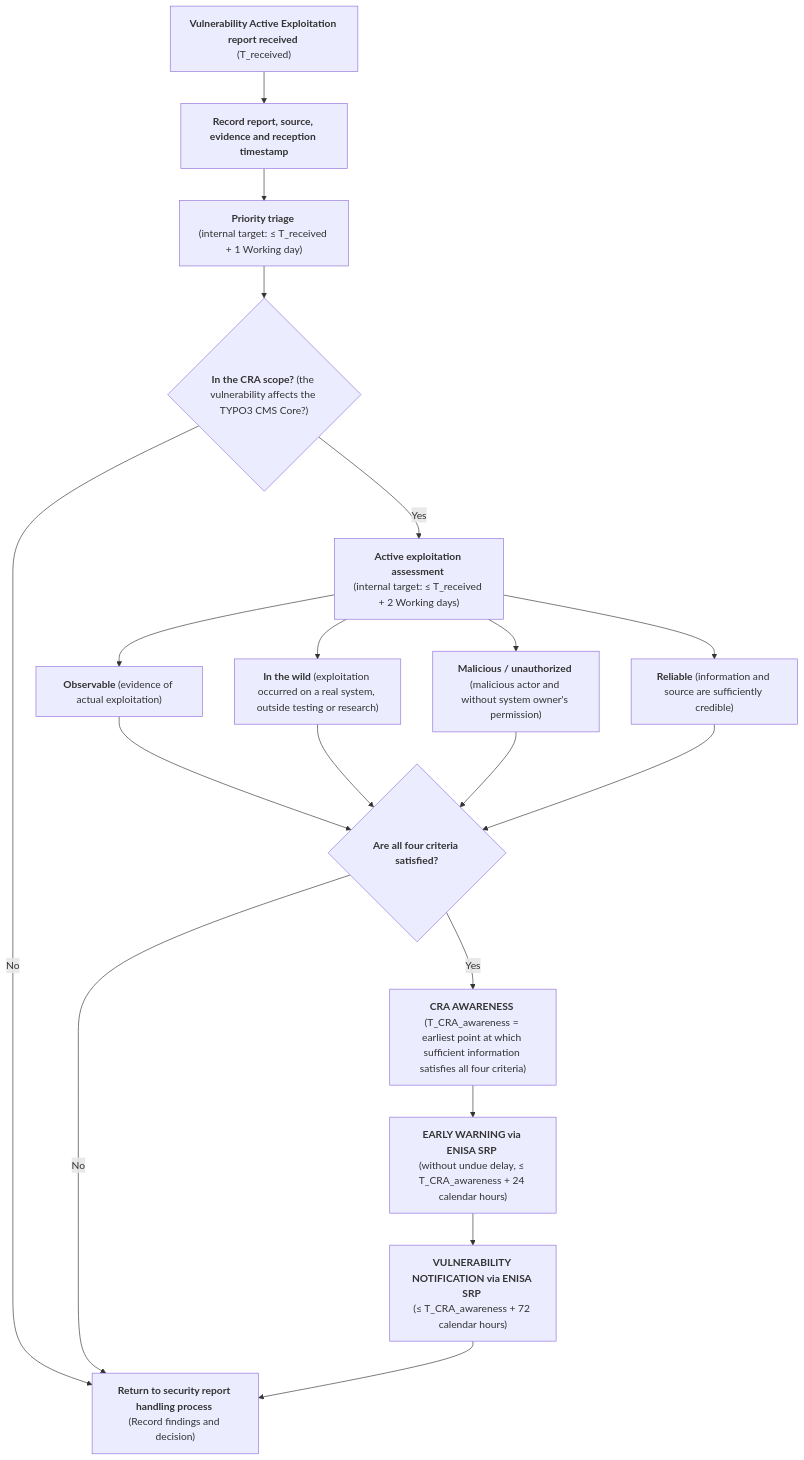
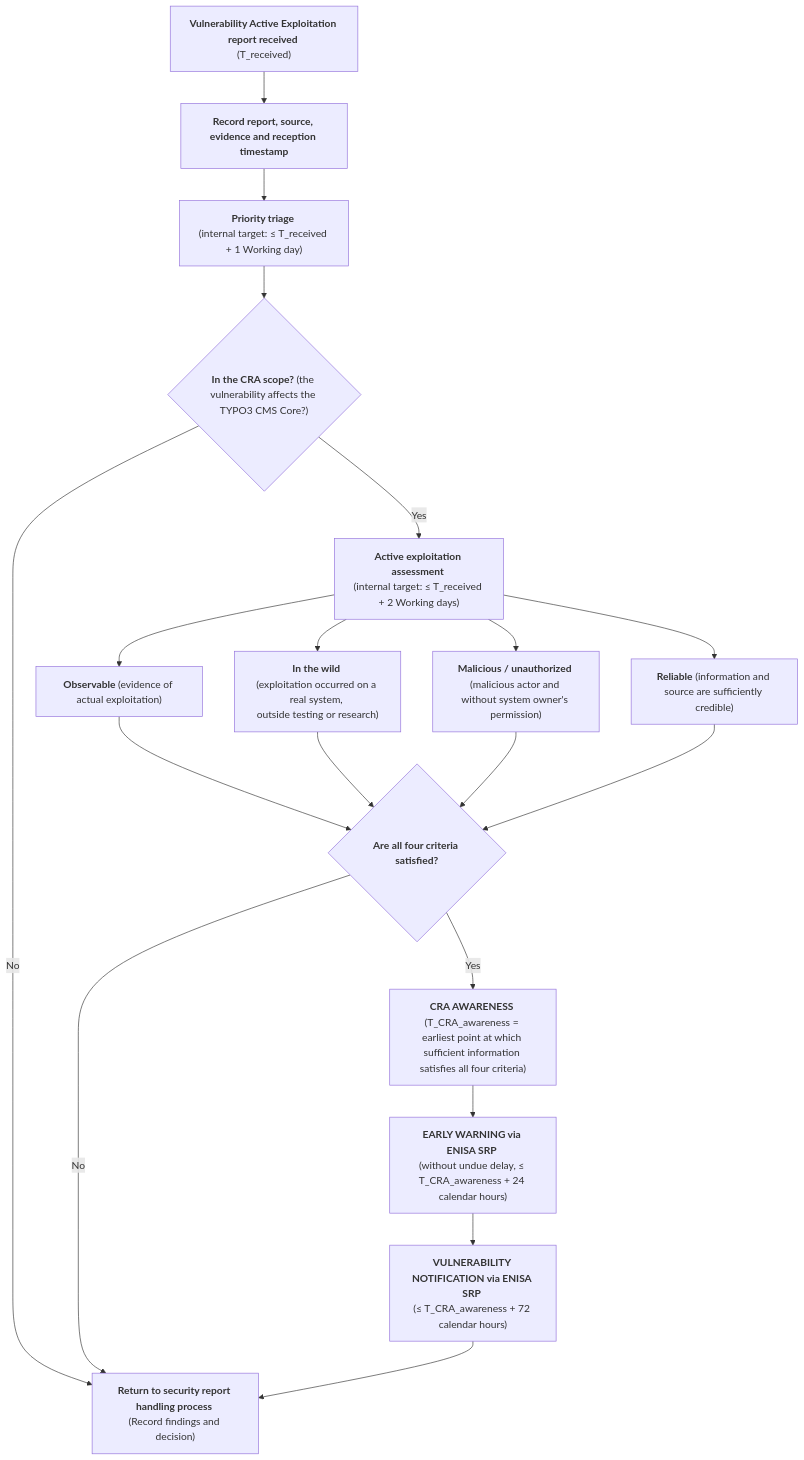
The diagram in templates/actively-exploited-vulnerability-process.md (rfoucard/cra-fast-track), drawn with Mermaid before and after one commit.

````diff
--- a/templates/actively-exploited-vulnerability-process.md
+++ b/templates/actively-exploited-vulnerability-process.md
@@ -15,32 +15,32 @@
 ```mermaid
 flowchart TD
 
     A["<strong>Vulnerability&nbsp;Active&nbsp;Exploitation report received</strong> \n(T_received)"] --> B["<strong>Record&nbsp;report,&nbsp;source, evidence and reception timestamp</strong>"]
 
     B --> C["<strong>Priority triage</strong> \n(internal&nbsp;target:&nbsp;≤&nbsp;T_received + 1 Working day)"]
 
     C --> D{"<strong>In&nbsp;the&nbsp;CRA&nbsp;scope?</strong> (the vulnerability affects the TYPO3 CMS Core?)"}
 
     D -- "No" --> X["<strong>Return to security report handling process</strong> \n(Record findings and decision)"]
 
     D -- "Yes" --> E["<strong>Active exploitation assessment</strong> \n(internal&nbsp;target:&nbsp;≤&nbsp;T_received + 2 Working days)"]
 
-    E --> F["<strong>Observable</strong> (evidence of actual exploitation)"]
-    E --> G["<strong>In the wild</strong> (exploitation occurred on a real system, outside testing or research)"]
+    E --> F["<strong>Observable</strong> (evidence of actual&nbsp;exploitation)"]
+    E --> G["<strong>In the wild</strong> (exploitation&nbsp;occurred on a real system, outside&nbsp;testing&nbsp;or&nbsp;research)"]
     E --> H["<strong>Malicious / unauthorized</strong> (malicious actor and without system owner's permission)"]
     E --> I["<strong>Reliable</strong> (information and source are sufficiently credible)"]
 
     F --> J{"<strong>Are all four criteria satisfied?</strong>"}
     G --> J
     H --> J
     I --> J
 
     J -- "No" --> X
     J -- "Yes" --> L["<strong>CRA AWARENESS</strong> \n(T_CRA_awareness = earliest point at which sufficient information satisfies all four criteria)"]
 
     L --> M["<strong>EARLY WARNING via ENISA SRP</strong> \n(without undue delay, ≤ T_CRA_awareness + 24 calendar hours)"]
 
     M --> N["<strong>VULNERABILITY NOTIFICATION via ENISA SRP</strong> \n(≤ T_CRA_awareness + 72 calendar hours)"]
 
     N --> X
 ```
````
